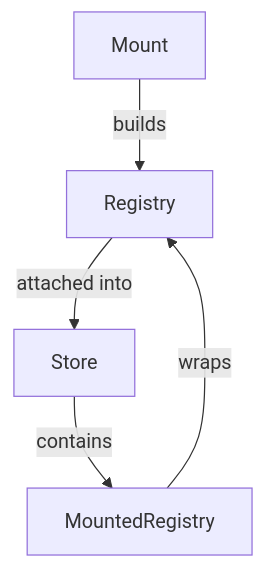
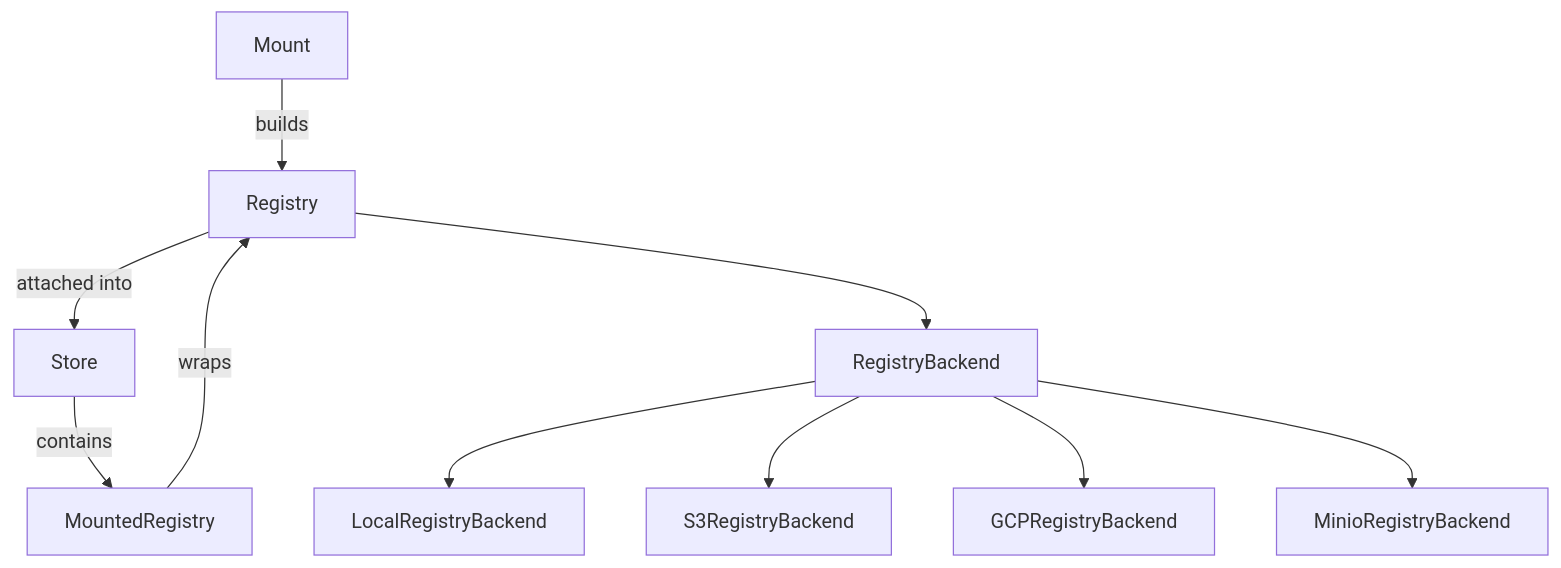
The second of 7 diagrams in docs/datalake-v3-proposal.md (Mindtrace/mindtrace), drawn with Mermaid before and after one commit.

Commit message:
docs: add registry backends to module diagram

````diff
--- a/docs/datalake-v3-proposal.md
+++ b/docs/datalake-v3-proposal.md
@@ -1139,7 +1139,13 @@
 ```mermaid
 flowchart TD
     M[Mount] -->|builds| R[Registry]
     R -->|attached into| S[Store]
     MR[MountedRegistry] -->|wraps| R
     S -->|contains| MR
+
+    R --> B[RegistryBackend]
+    B --> L[LocalRegistryBackend]
+    B --> S3[S3RegistryBackend]
+    B --> G[GCPRegistryBackend]
+    B --> MinIO[MinioRegistryBackend]
 ```
````
